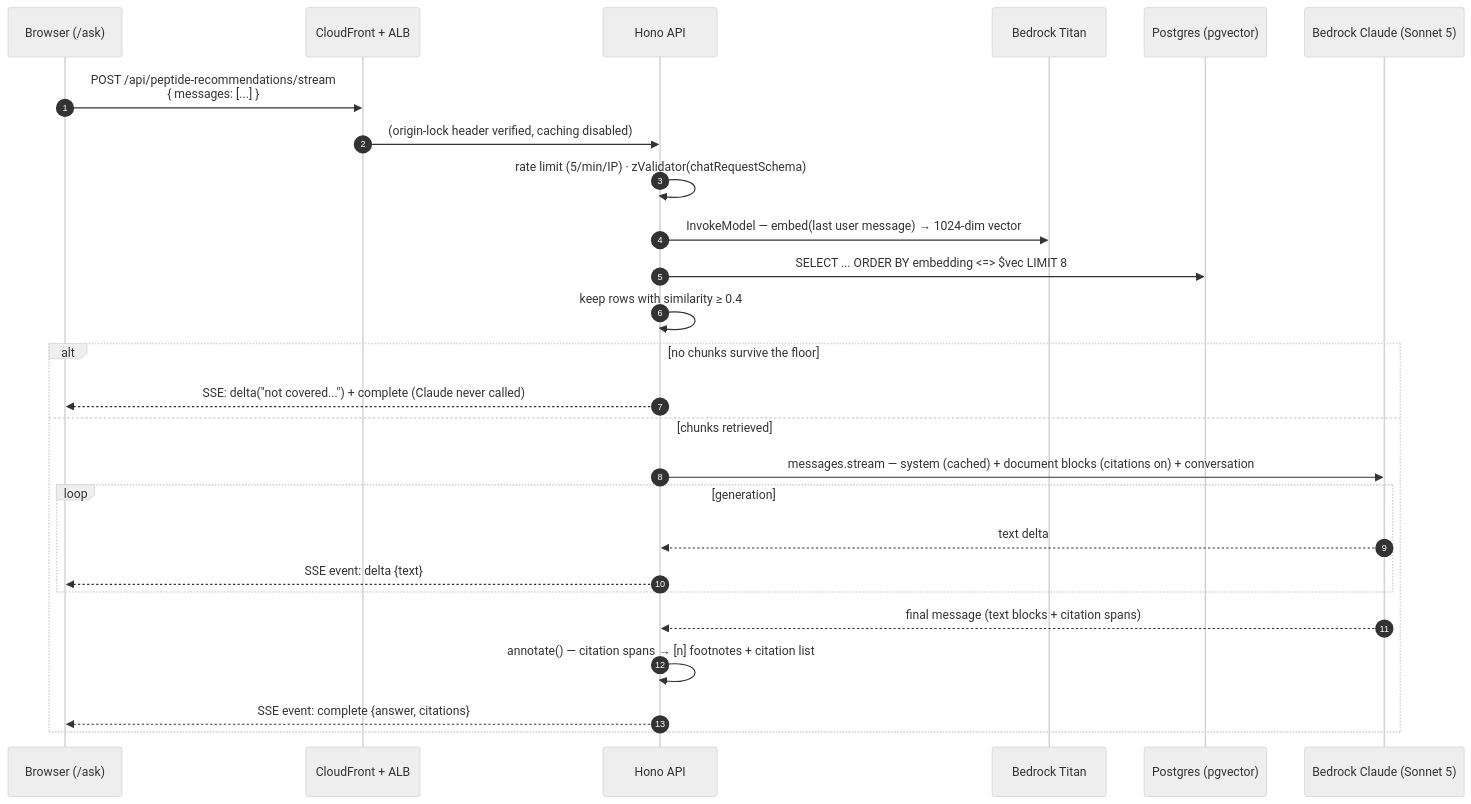
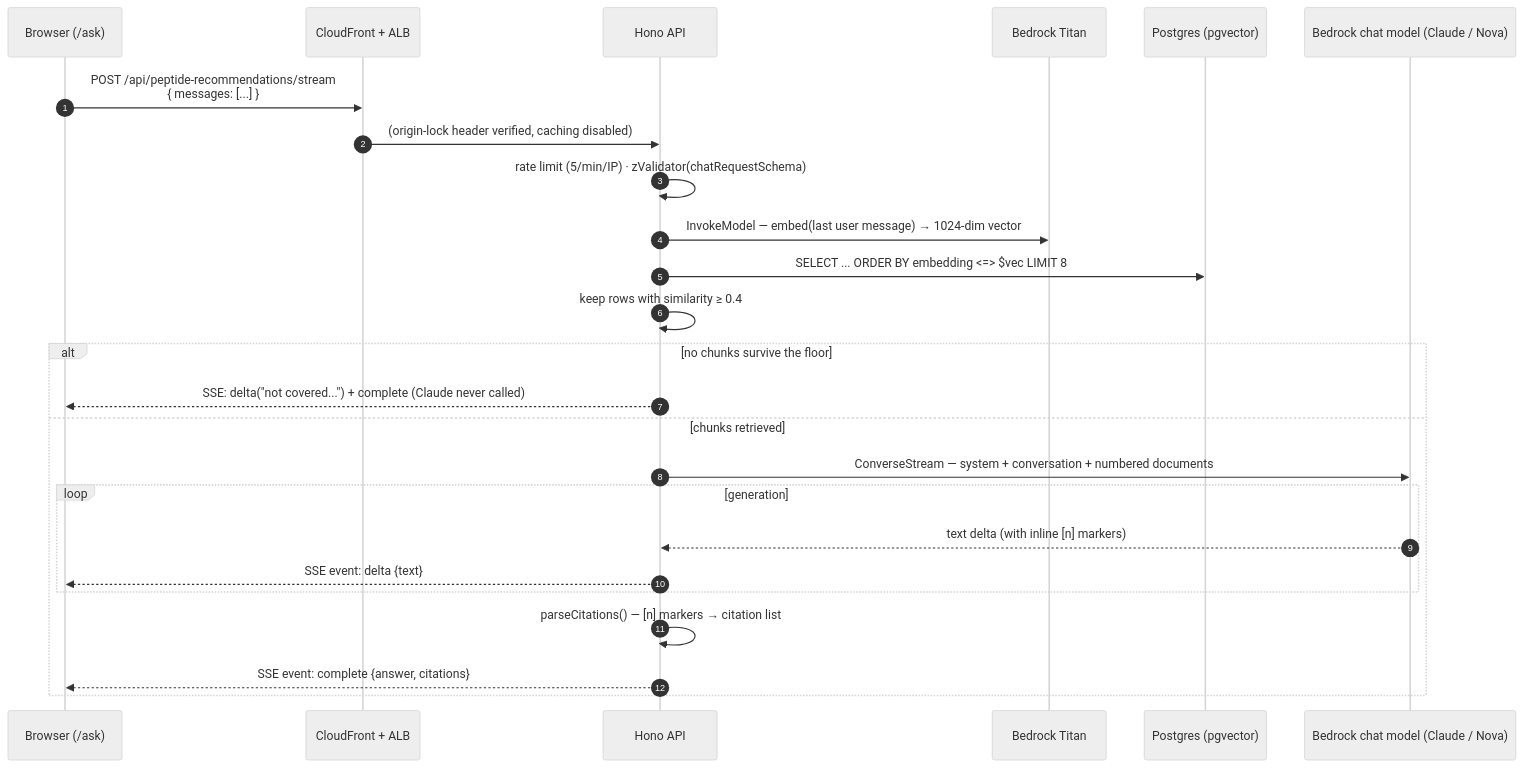
The diagram in docs/rag/04-query-flow.md (Joice-Health/Joice), drawn with Mermaid (neutral theme) before and after one commit. The commit also changed other lines of this file and 4 other files, not shown here.

````diff
--- a/docs/rag/04-query-flow.md
+++ b/docs/rag/04-query-flow.md
@@ -5,30 +5,29 @@
 ```mermaid
 sequenceDiagram
     autonumber
     participant B as Browser (/ask)
     participant CF as CloudFront + ALB
     participant API as Hono API
     participant T as Bedrock Titan
     participant PG as Postgres (pgvector)
-    participant C as Bedrock Claude (Sonnet 5)
+    participant C as Bedrock chat model (Claude / Nova)
 
     B->>CF: POST /api/peptide-recommendations/stream<br/>{ messages: [...] }
     CF->>API: (origin-lock header verified, caching disabled)
     API->>API: rate limit (5/min/IP) · zValidator(chatRequestSchema)
     API->>T: InvokeModel — embed(last user message) → 1024-dim vector
     API->>PG: SELECT ... ORDER BY embedding <=> $vec LIMIT 8
     API->>API: keep rows with similarity ≥ 0.4
 
     alt no chunks survive the floor
         API-->>B: SSE: delta("not covered...") + complete (Claude never called)
     else chunks retrieved
-        API->>C: messages.stream — system (cached) + document blocks (citations on) + conversation
+        API->>C: ConverseStream — system + conversation + numbered documents
         loop generation
-            C-->>API: text delta
+            C-->>API: text delta (with inline [n] markers)
             API-->>B: SSE event: delta {text}
         end
-        C-->>API: final message (text blocks + citation spans)
-        API->>API: annotate() — citation spans → [n] footnotes + citation list
+        API->>API: parseCitations() — [n] markers → citation list
         API-->>B: SSE event: complete {answer, citations}
     end
 ```
````
